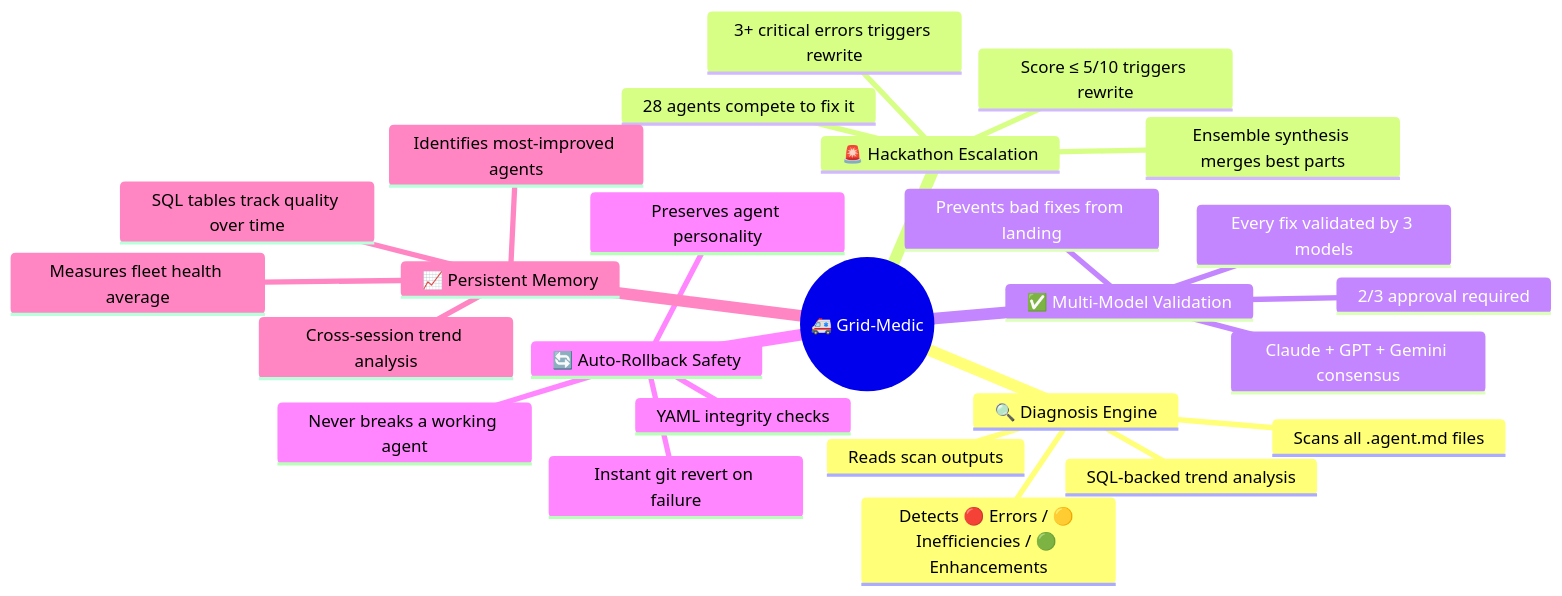
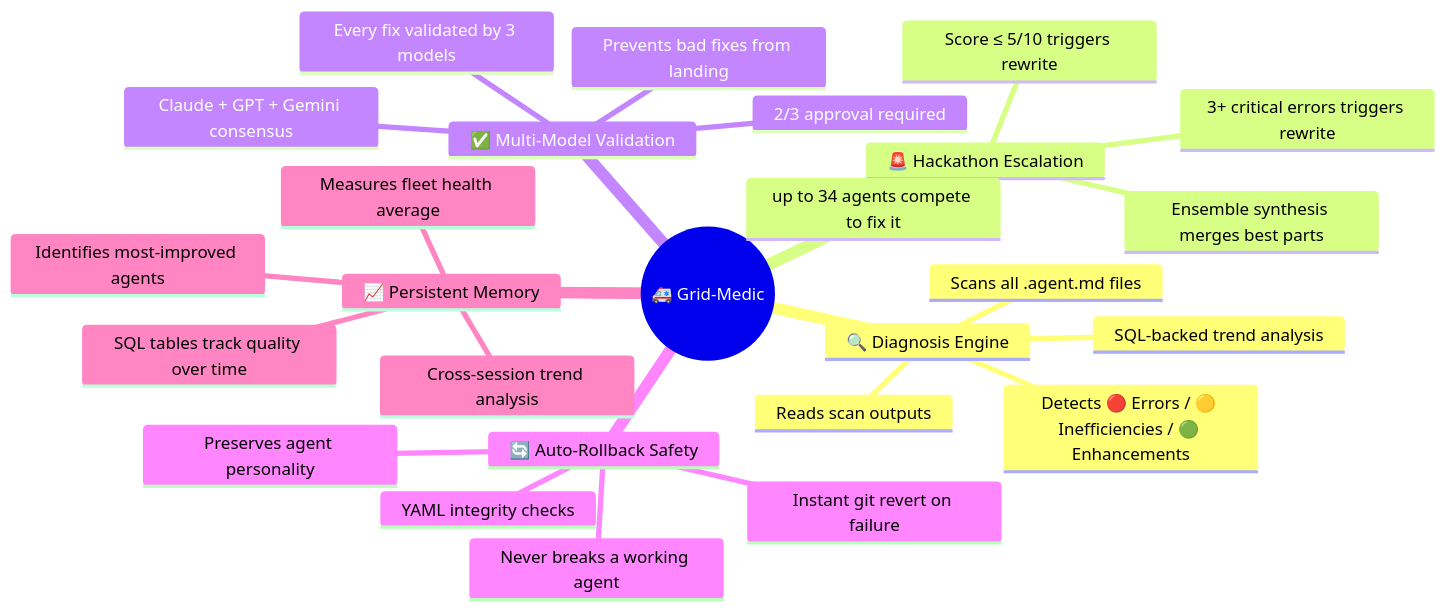
The third of 5 diagrams in docs/GRID-MEDIC-ARCHITECTURE.md (DUBSOpenHub/havoc-hackathon), drawn with Mermaid before and after one commit. The commit also changed other lines of this file and 3 other files, not shown here.

````diff
--- a/docs/GRID-MEDIC-ARCHITECTURE.md
+++ b/docs/GRID-MEDIC-ARCHITECTURE.md
@@ -88,29 +88,29 @@
 ```mermaid
 mindmap
   root((🚑 Grid-Medic))
     🔍 Diagnosis Engine
       Scans all .agent.md files
       Reads scan outputs
       Detects 🔴 Errors / 🟡 Inefficiencies / 🟢 Enhancements
       SQL-backed trend analysis
     🚨 Hackathon Escalation
       Score ≤ 5/10 triggers rewrite
       3+ critical errors triggers rewrite
-      28 agents compete to fix it
+      up to 34 agents compete to fix it
       Ensemble synthesis merges best parts
     ✅ Multi-Model Validation
       Every fix validated by 3 models
       Claude + GPT + Gemini consensus
       2/3 approval required
       Prevents bad fixes from landing
     🔄 Auto-Rollback Safety
       YAML integrity checks
       Instant git revert on failure
       Never breaks a working agent
       Preserves agent personality
     📈 Persistent Memory
       SQL tables track quality over time
       Cross-session trend analysis
       Identifies most-improved agents
       Measures fleet health average
 ```
````
